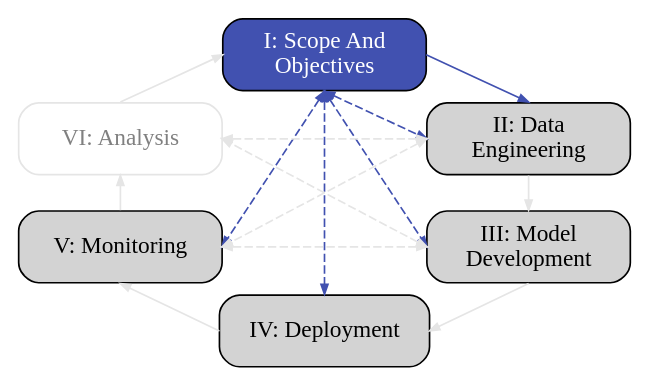
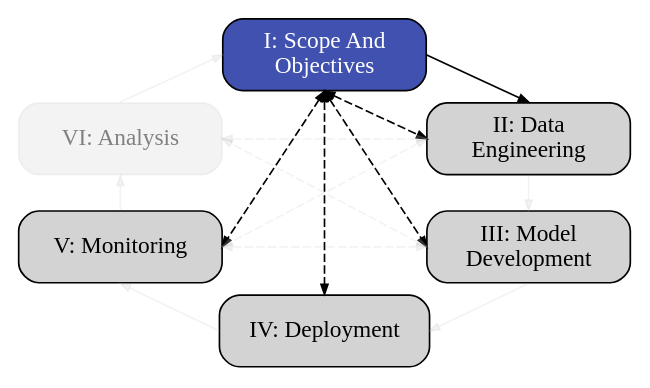
Before and after one commit to aria-ml/dataeval: the second of 7 diagrams in docs/ml_lifecycle.rst, drawn with Graphviz. The commit also changed other lines of this file and 2 other files, not shown here.

```diff
--- a/docs/ml_lifecycle.rst
+++ b/docs/ml_lifecycle.rst
@@ -52,30 +52,30 @@
 .. graphviz::
    
    digraph flowchart {
       node [shape=box,width=1.7,height=0.6]
       edge [arrowsize=0.6]
       layout="neato"
 
       1 [label="I: Scope And\nObjectives",style="rounded,filled",pos="1.7,2.5!",fillcolor="#4151B0",fontcolor="white"]
       2 [label="II: Data\nEngineering",style="rounded,filled",pos="3.4,1.8!",xref=":ref:`data-engineering`"]
       3 [label="III: Model\nDevelopment",style="rounded,filled",pos="3.4,0.9!",xref=":ref:`model-development`"]
       4 [label="IV: Deployment",style="rounded,filled",pos="1.7,0.2!",xref=":ref:`deployment`"]
       5 [label="V: Monitoring",style="rounded,filled",pos="0.0,0.9!",xref=":ref:`monitoring`"]
-      6 [label="VI: Analysis",style="rounded,filled",pos="0.0,1.8!",xref=":ref:`analysis`",fontcolor="gray",color="gray90",fillcolor="white"]
+      6 [label="VI: Analysis",style="rounded,filled",pos="0.0,1.8!",xref=":ref:`analysis`",fontcolor="gray",color="#C0C0C030",fillcolor="#C0C0C030"]
       
-      1:e->2:n [color="#4151B0"]
-      2:s->3:n [color="gray90"]
-      3:s->4:e [color="gray90"]
-      4:w->5:s [color="gray90"]
-      5:n->6:s [color="gray90"]
-      6:n->1:w [color="gray90"]
+      1:e->2:n
+      2:s->3:n [color="#C0C0C030",fillcolor="#C0C0C030"]
+      3:s->4:e [color="#C0C0C030",fillcolor="#C0C0C030"]
+      4:w->5:s [color="#C0C0C030",fillcolor="#C0C0C030"]
+      5:n->6:s [color="#C0C0C030",fillcolor="#C0C0C030"]
+      6:n->1:w [color="#C0C0C030",fillcolor="#C0C0C030"]
 
-      1:s->3:w [dir=both,style=dashed,color="#4151B0"]
-      1:s->4:n [dir=both,style=dashed,color="#4151B0"]
-      1:s->5:e [dir=both,style=dashed,color="#4151B0"]
-      1:s->2:w [dir=both,style=dashed,color="#4151B0"]
-      2:w->5:e [dir=both,style=dashed,color="gray90"]
-      2:w->6:e [dir=both,style=dashed,color="gray90"]
-      3:w->5:e [dir=both,style=dashed,color="gray90"]
-      3:w->6:e [dir=both,style=dashed,color="gray90"]
+      1:s->3:w [dir=both,style=dashed]
+      1:s->4:n [dir=both,style=dashed]
+      1:s->5:e [dir=both,style=dashed]
+      1:s->2:w [dir=both,style=dashed]
+      2:w->5:e [dir=both,style=dashed,color="#C0C0C030",fillcolor="#C0C0C030"]
+      2:w->6:e [dir=both,style=dashed,color="#C0C0C030",fillcolor="#C0C0C030"]
+      3:w->5:e [dir=both,style=dashed,color="#C0C0C030",fillcolor="#C0C0C030"]
+      3:w->6:e [dir=both,style=dashed,color="#C0C0C030",fillcolor="#C0C0C030"]
    }
```
